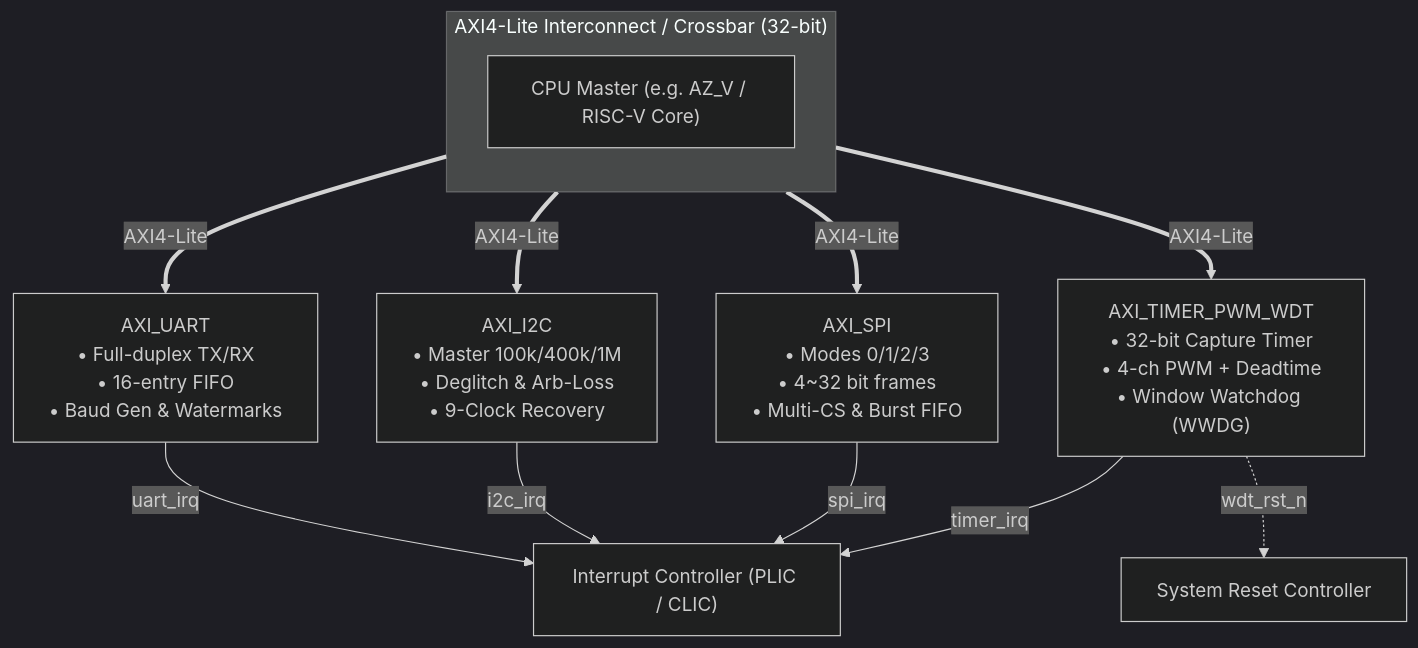
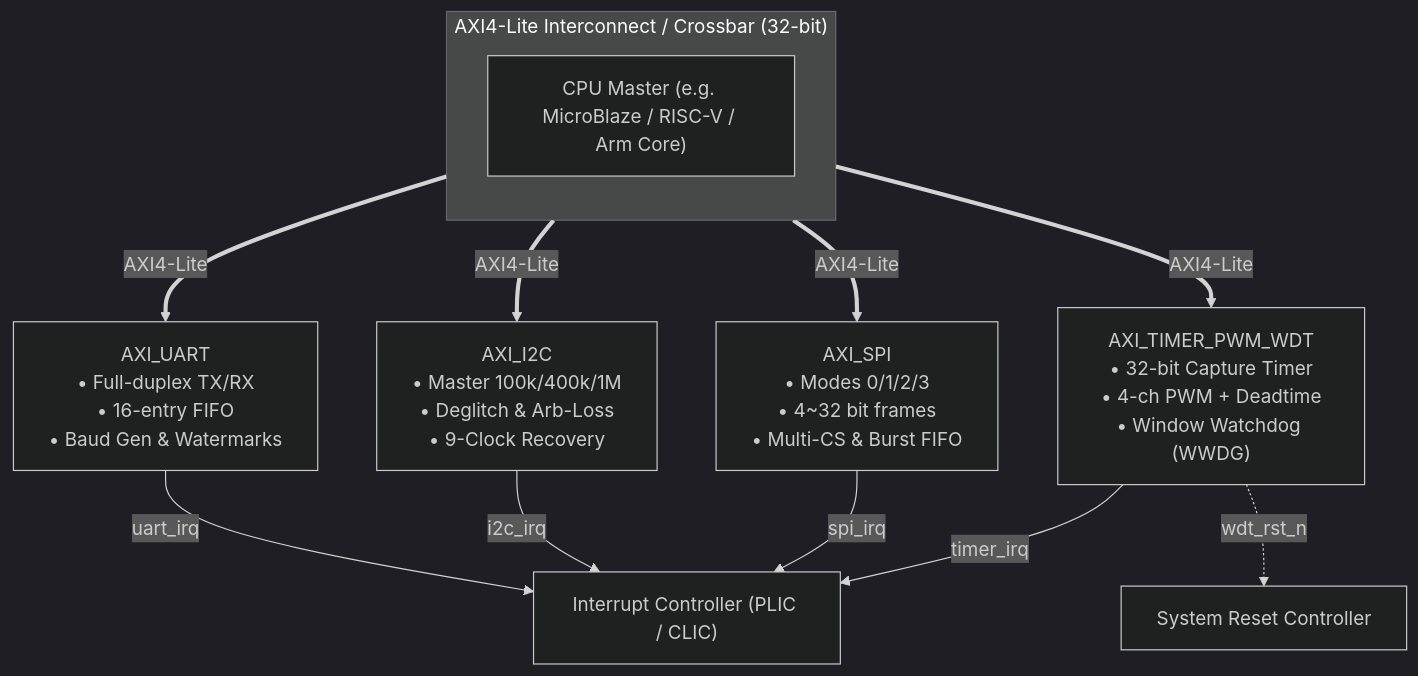
One commit to zenbear2/AXI-Peripheral changed the diagram in README.md. Above: the diagram before and after it, drawn with Mermaid (dark theme). The commit also changed other lines of this file and 3 other files, not shown here.

````diff
--- a/README.md
+++ b/README.md
@@ -17,18 +19,18 @@
 ```mermaid
 graph TD
     subgraph AXI_Interconnect ["AXI4-Lite Interconnect / Crossbar (32-bit)"]
         direction TB
-        M0["CPU Master (e.g. AZ_V / RISC-V Core)"]
+        M0["CPU Master (e.g. MicroBlaze / RISC-V / Arm Core)"]
     end
 
     M0 ==>|"AXI4-Lite"| IP_UART["AXI_UART<br/>• Full-duplex TX/RX<br/>• 16-entry FIFO<br/>• Baud Gen & Watermarks"]
     M0 ==>|"AXI4-Lite"| IP_I2C["AXI_I2C<br/>• Master 100k/400k/1M<br/>• Deglitch & Arb-Loss<br/>• 9-Clock Recovery"]
     M0 ==>|"AXI4-Lite"| IP_SPI["AXI_SPI<br/>• Modes 0/1/2/3<br/>• 4~32 bit frames<br/>• Multi-CS & Burst FIFO"]
     M0 ==>|"AXI4-Lite"| IP_TIMER["AXI_TIMER_PWM_WDT<br/>• 32-bit Capture Timer<br/>• 4-ch PWM + Deadtime<br/>• Window Watchdog (WWDG)"]
 
     IP_UART -->|"uart_irq"| PLIC["Interrupt Controller (PLIC / CLIC)"]
     IP_I2C -->|"i2c_irq"| PLIC
     IP_SPI -->|"spi_irq"| PLIC
     IP_TIMER -->|"timer_irq"| PLIC
     IP_TIMER -.->|"wdt_rst_n"| RESET_SYS["System Reset Controller"]
 ```
````
